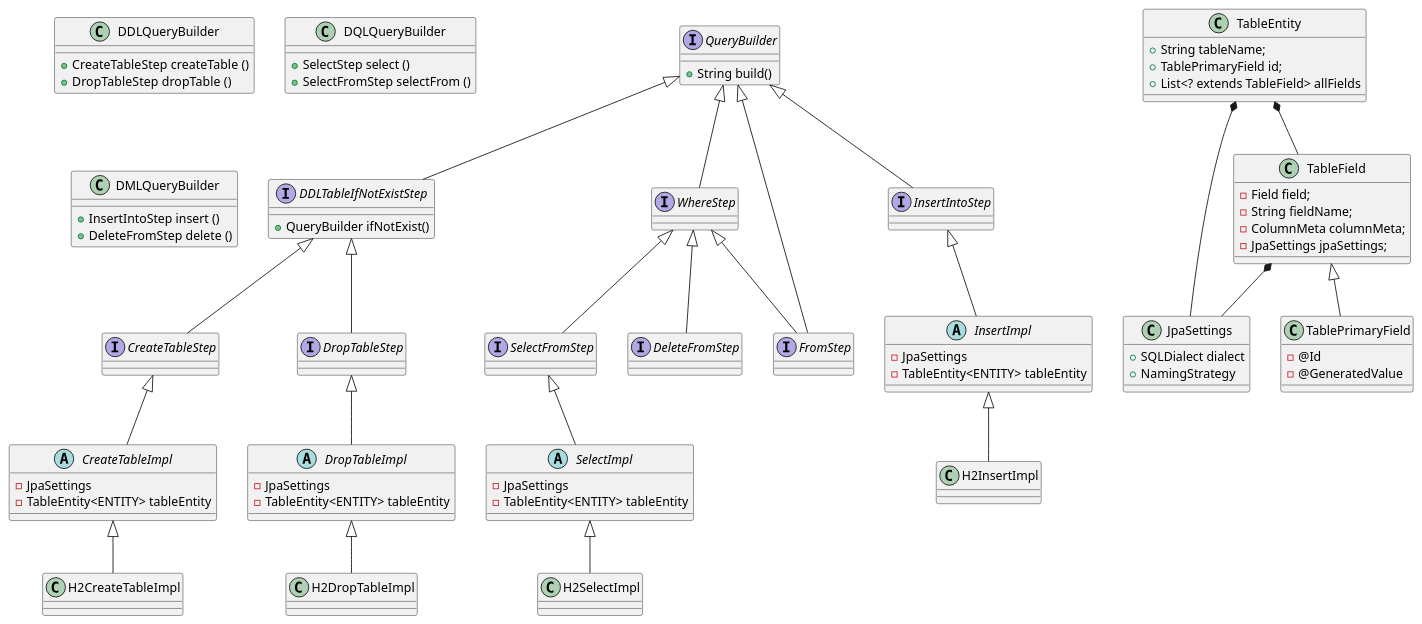
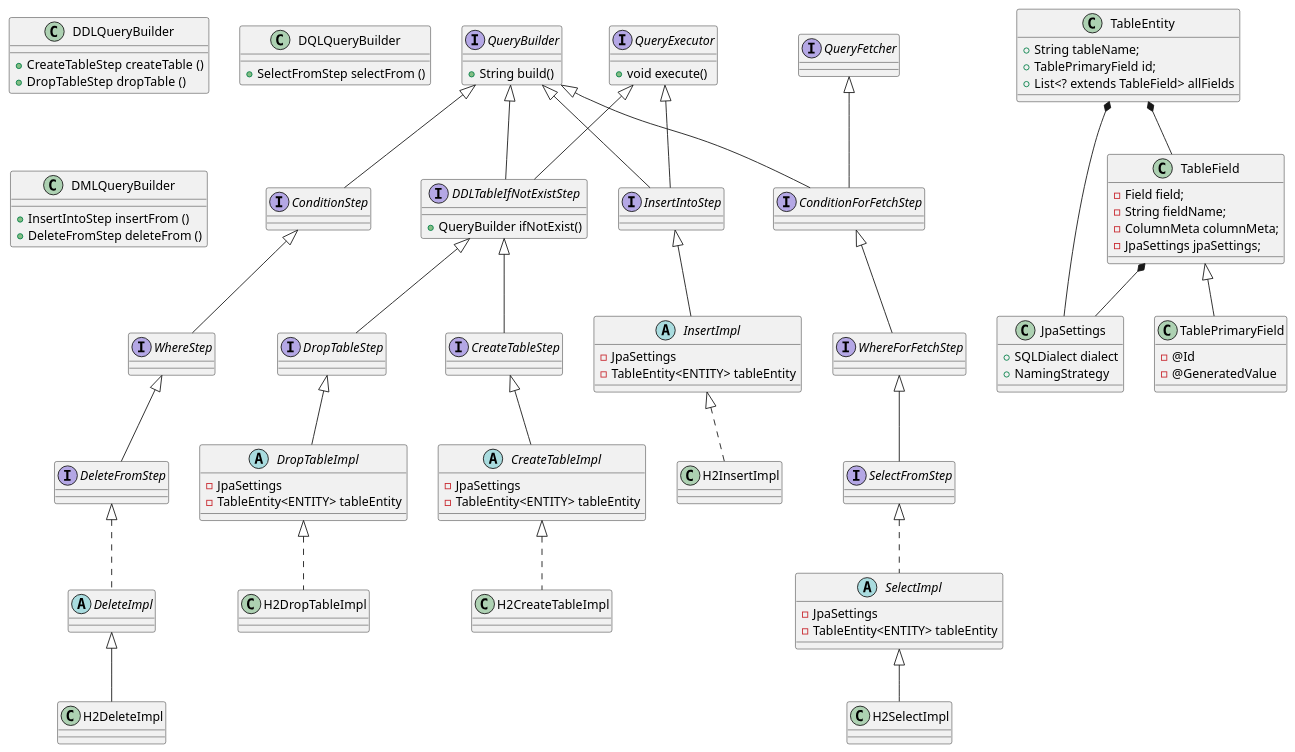
One commit to next-step/jpa-query-builder changed the diagram in docs/uml/step-3-class-diagram.puml. Above: the diagram before and after it, drawn with PlantUML.

Commit message:
docs. UML 반영

```diff
--- a/docs/uml/step-3-class-diagram.puml
+++ b/docs/uml/step-3-class-diagram.puml
@@ -1,130 +1,150 @@
 @startuml
 interface QueryBuilder {
     + String build()
 }
 
 ' QueryBuilder 들
 class DDLQueryBuilder {
     + CreateTableStep createTable ()
     + DropTableStep dropTable ()
 }
 
 class DQLQueryBuilder {
-    + SelectStep select ()
     + SelectFromStep selectFrom ()
 }
 
 class DMLQueryBuilder {
-    + InsertIntoStep insert ()
-    + DeleteFromStep delete ()
+    + InsertIntoStep insertFrom ()
+    + DeleteFromStep deleteFrom ()
 }
 
 
 ' 이거도 그리면 좋지만 안이쁘니 숨기자...
 'DDLQueryBuilder -[hidden]..> CreateTableStep:returns
 'DDLQueryBuilder -[hidden]..> DropTableStep:returns
 
 'DMLQueryBuilder -[hidden]..> InsertIntoStep:returns
 'DMLQueryBuilder -[hidden]..> DeleteFromStep:returns
 
 ' Step 들 정의
 interface CreateTableStep extends DDLTableIfNotExistStep {
 
 }
 
 interface DropTableStep extends DDLTableIfNotExistStep {
 
 }
 
-interface SelectFromStep extends WhereStep {
+interface SelectFromStep extends WhereForFetchStep {
+
+}
+
+interface WhereForFetchStep extends ConditionForFetchStep {
+
+}
+
+interface ConditionForFetchStep extends QueryFetcher, QueryBuilder {
 
 }
 
 interface DeleteFromStep extends WhereStep {
 
 }
 
-interface FromStep extends WhereStep, QueryBuilder {
+
+interface WhereStep extends ConditionStep {
 
 }
 
-interface WhereStep extends QueryBuilder {
+interface InsertIntoStep extends QueryBuilder, QueryExecutor {
 
 }
 
-interface InsertIntoStep extends QueryBuilder {
+interface ConditionStep extends QueryBuilder {
 
 }
 
-interface DDLTableIfNotExistStep extends QueryBuilder {
+abstract class DeleteImpl implements DeleteFromStep {
+
+}
+
+class H2DeleteImpl extends DeleteImpl {
+
+}
+
+interface DDLTableIfNotExistStep extends QueryBuilder, QueryExecutor {
     + QueryBuilder ifNotExist()
+}
+
+interface QueryExecutor {
+    + void execute()
 }
 
 abstract class CreateTableImpl extends CreateTableStep{
     - JpaSettings
     - TableEntity<ENTITY> tableEntity
 }
 
-class H2CreateTableImpl extends CreateTableImpl {
+class H2CreateTableImpl implements CreateTableImpl {
 
 }
 
 ' DROP
 abstract class DropTableImpl extends DropTableStep {
     - JpaSettings
     - TableEntity<ENTITY> tableEntity
 }
 
-class H2DropTableImpl extends DropTableImpl {
+class H2DropTableImpl implements DropTableImpl {
 
 }
 
 ' INSERT
 abstract class InsertImpl extends InsertIntoStep {
     - JpaSettings
     - TableEntity<ENTITY> tableEntity
 }
 
-class H2InsertImpl extends InsertImpl {
+class H2InsertImpl implements InsertImpl {
 
 }
 
 ' SELECT
-abstract class SelectImpl extends SelectFromStep {
+abstract class SelectImpl implements SelectFromStep {
     - JpaSettings
     - TableEntity<ENTITY> tableEntity
 }
 
 class H2SelectImpl extends SelectImpl {
 
 }
 
 class JpaSettings {
     + SQLDialect dialect
     + NamingStrategy
 }
 
 TableEntity *--	TableField
 TableEntity *--	JpaSettings
 
 TableField *-- JpaSettings
 
 class TableEntity {
     + String tableName;
     + TablePrimaryField id;
     + List<? extends TableField> allFields
 }
 
 class TableField {
     - Field field;
     - String fieldName;
     - ColumnMeta columnMeta;
     - JpaSettings jpaSettings;
 }
 
 class TablePrimaryField extends TableField {
     - @Id
     - @GeneratedValue
 }
 
 @enduml
```
